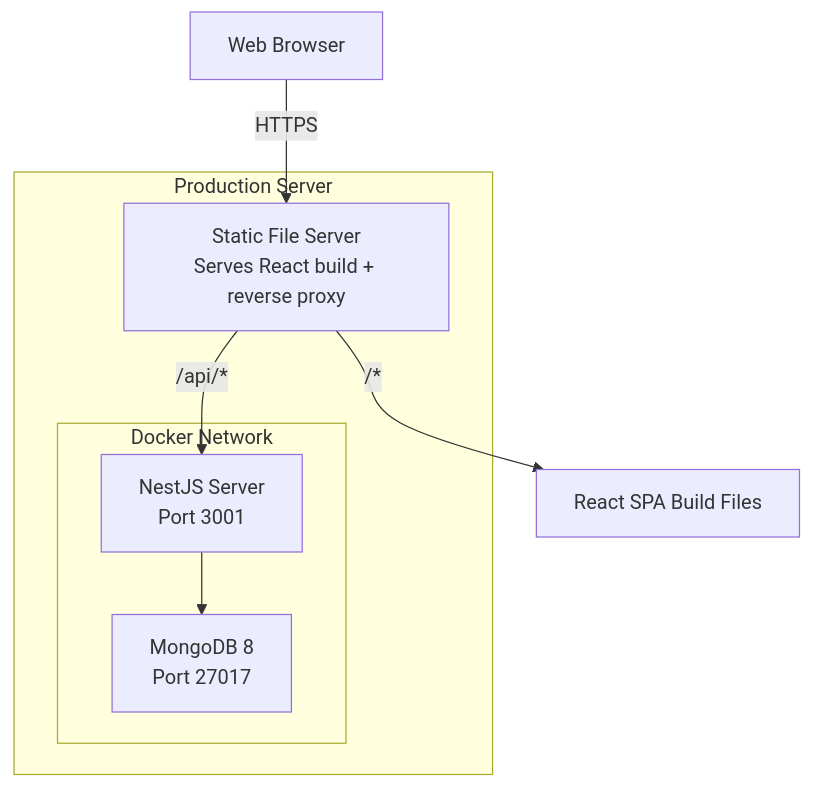
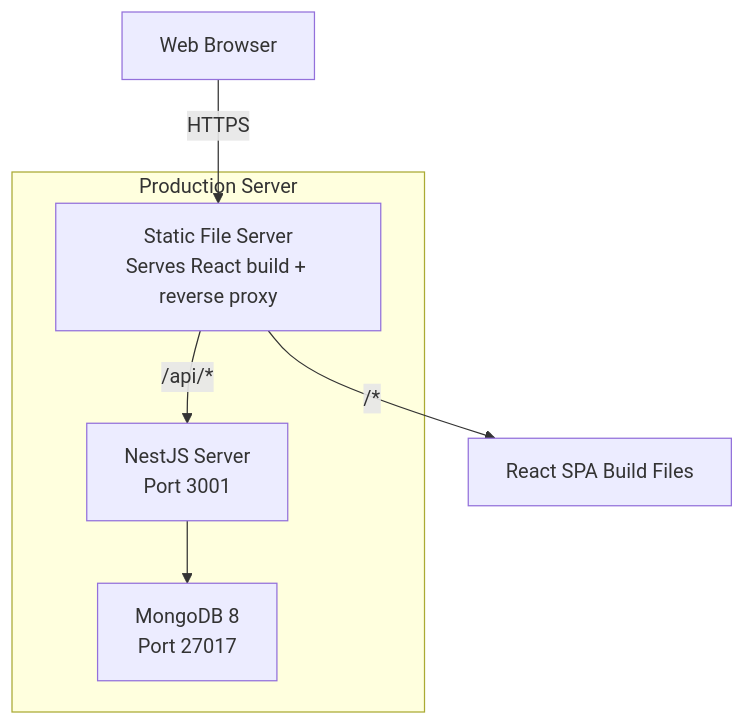
Before and after one commit to nghiaxh/hr-management: diagram 26 of 30 in docs/SDD.md, drawn with Mermaid. The commit also changed other lines of this file and 2 other files, not shown here.

Commit message:
docs: remove Docker references from design documents

````diff
--- a/docs/SDD.md
+++ b/docs/SDD.md
@@ -1470,15 +1403,13 @@
 ```mermaid
 graph TB
     subgraph "Production Server"
-        subgraph "Docker Network"
-            MONGODB[MongoDB 8<br/>Port 27017]
-            SERVER[NestJS Server<br/>Port 3001]
-        end
+        MONGODB[MongoDB 8<br/>Port 27017]
+        SERVER[NestJS Server<br/>Port 3001]
         NGINX[Static File Server<br/>Serves React build + reverse proxy]
     end
 
     BROWSER[Web Browser] -->|HTTPS| NGINX
     NGINX -->|/api/*| SERVER
     NGINX -->|/*| REACT_BUILD[React SPA Build Files]
     SERVER --> MONGODB
 ```
````
